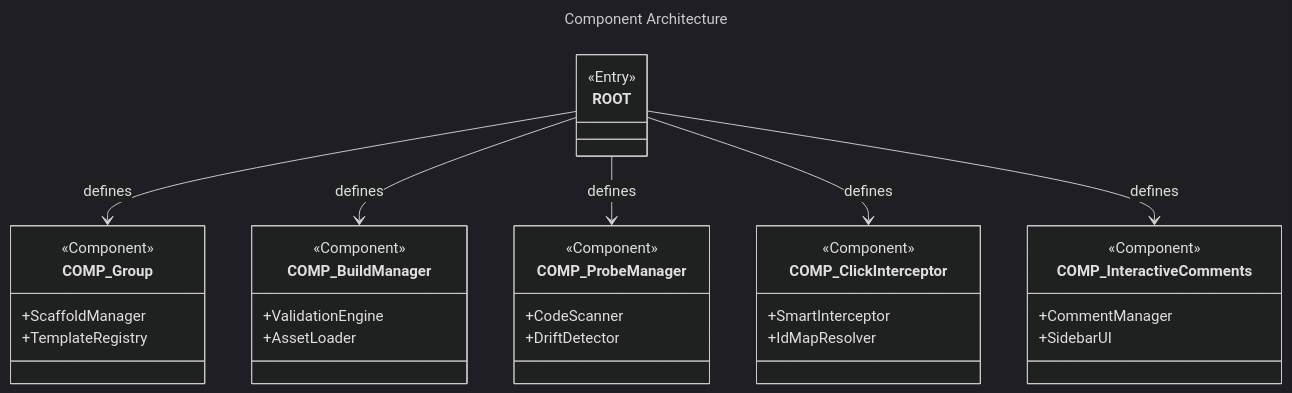
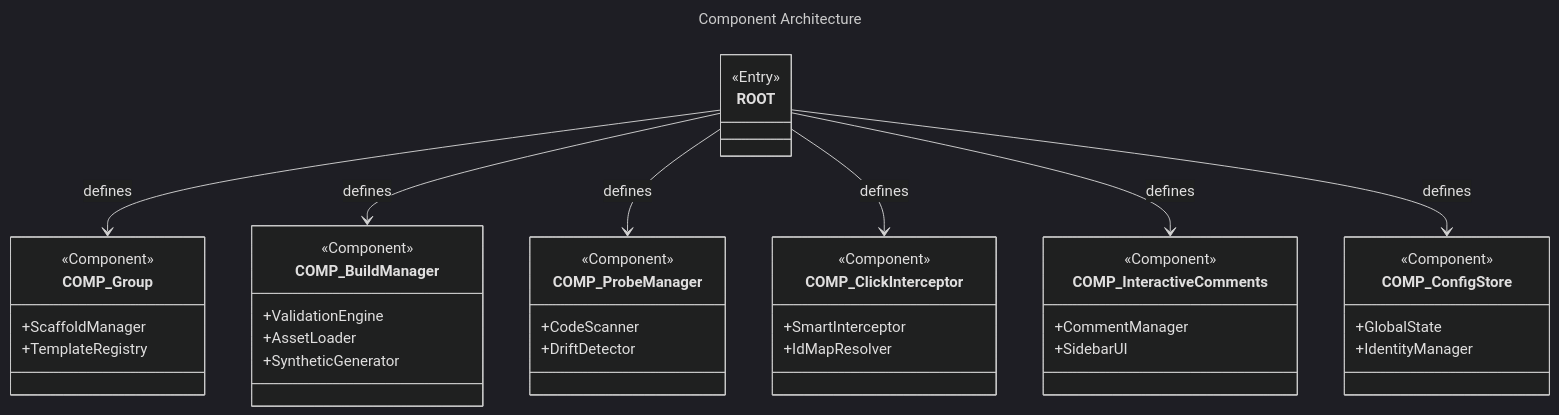
The diagram in docs/components/components.mermaid (futurefoundai/foundryspec), drawn with Mermaid (dark theme) before and after one commit. The commit also changed 5 other files, not shown here.

First line of the commit message:
feat: Dynamic Root Infrastructure & Zero-Config

```diff
--- a/docs/components/components.mermaid
+++ b/docs/components/components.mermaid
@@ -1,67 +1,80 @@
 ---
 id: "COMP_Overview"
 title: Component Architecture
 description: Detailed decomposition of the FoundrySpec engine components.
 uplink: "ROOT"
 requirements:
   - "REQ_NonFunctional"
 entities:
   - id: "COMP_Group"
     uplink: "REQ_NonFunctional"
   - id: "COMP_ClickInterceptor"
     uplink: "REQ_Functional"
   - id: "COMP_InteractiveComments"
     uplink: "REQ_InteractiveComments"
     requirements:
       - "REQ_InteractiveComments"
       - "REQ_DeterministicIdentity"
   - id: "COMP_BuildManager"
     uplink: "REQ_PathIntegrity"
     requirements:
       - "REQ_PathIntegrity"
+      - "REQ_DynamicRoot"
   - id: "COMP_ProbeManager"
     uplink: "REQ_AutomatedProbing"
     requirements:
       - "REQ_AutomatedProbing"
+  - id: "COMP_ConfigStore"
+    uplink: "REQ_ZeroConfig"
+    requirements:
+      - "REQ_ZeroConfig"
 ---
 
 classDiagram
     class COMP_Group {
         <<Component>>
         +ScaffoldManager
         +TemplateRegistry
     }
 
     class COMP_BuildManager {
         <<Component>>
         +ValidationEngine
         +AssetLoader
+        +SyntheticGenerator
     }
 
     class COMP_ProbeManager {
         <<Component>>
         +CodeScanner
         +DriftDetector
     }
 
     class COMP_ClickInterceptor {
         <<Component>>
         +SmartInterceptor
         +IdMapResolver
     }
 
     class COMP_InteractiveComments {
         <<Component>>
         +CommentManager
         +SidebarUI
     }
+
+    class COMP_ConfigStore {
+        <<Component>>
+        +GlobalState
+        +IdentityManager
+    }
     
     class ROOT {
         <<Entry>>
     }
     
     ROOT --> COMP_Group : defines
     ROOT --> COMP_BuildManager : defines
     ROOT --> COMP_ProbeManager : defines
     ROOT --> COMP_ClickInterceptor : defines
     ROOT --> COMP_InteractiveComments : defines
+    ROOT --> COMP_ConfigStore : defines
```
